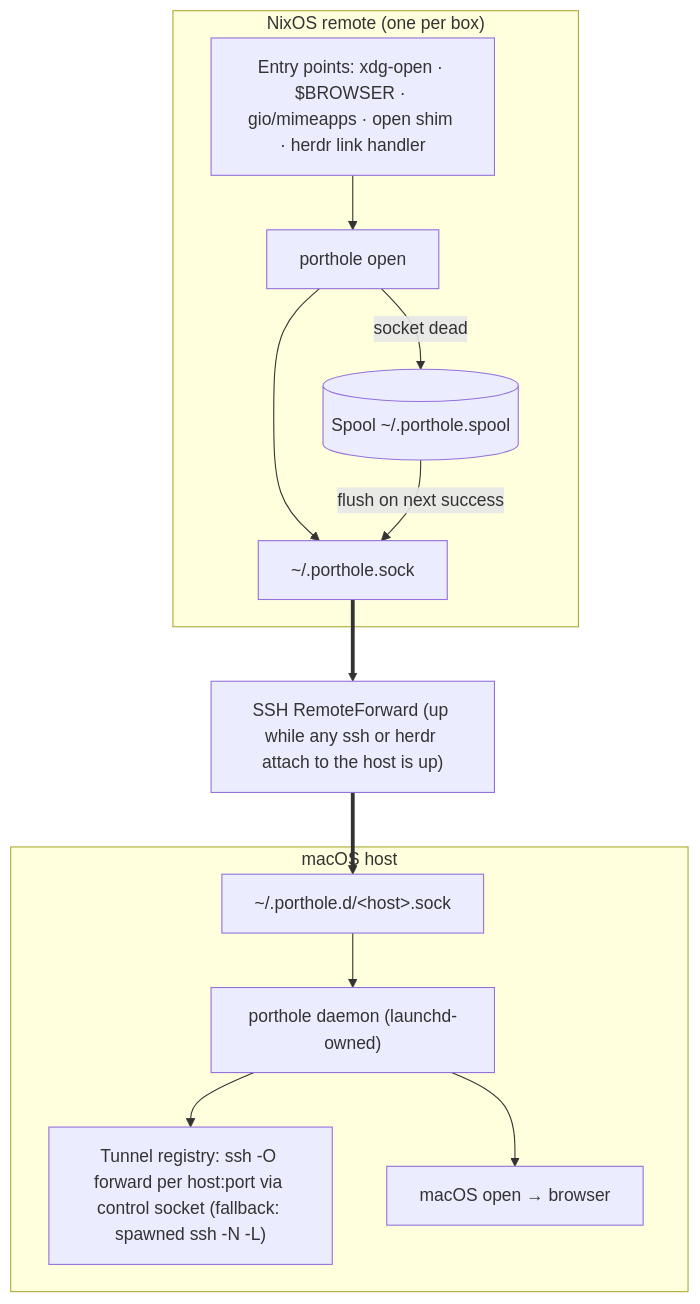
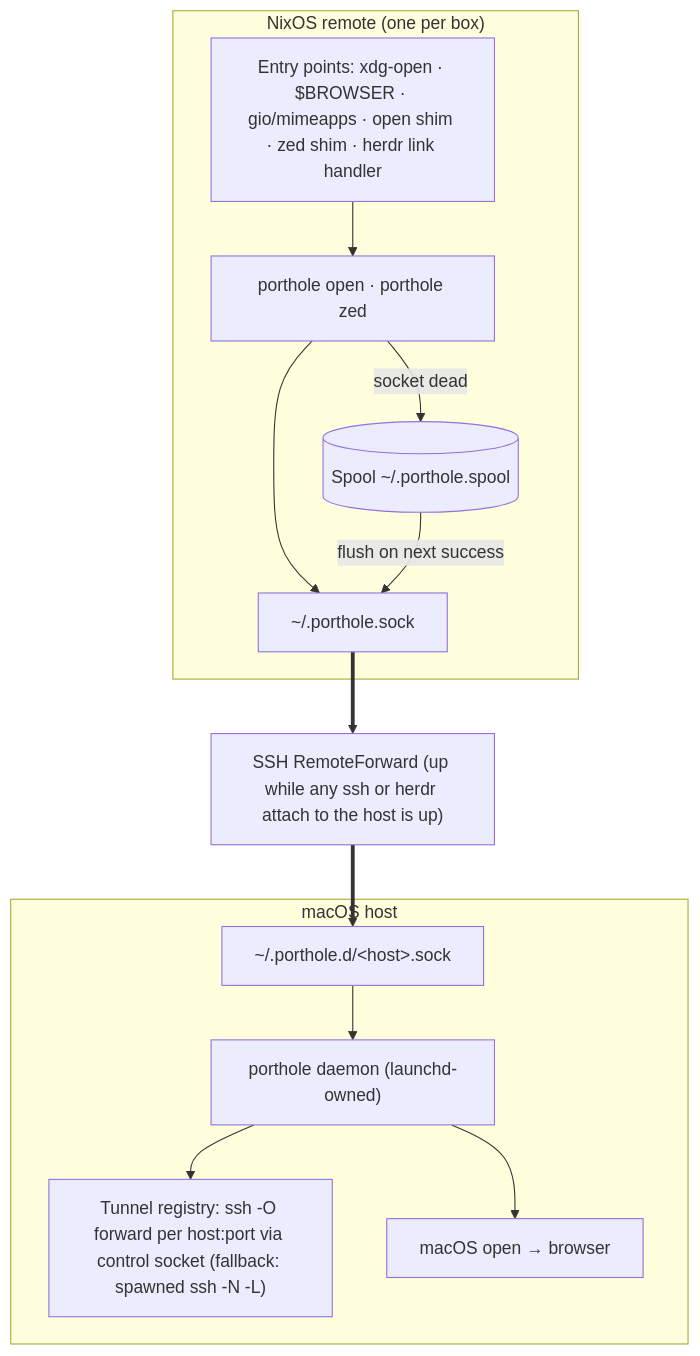
The second of 2 diagrams in ARCHITECTURE.md (mattrobenolt/porthole), drawn with Mermaid before and after one commit. The commit also changed other lines of this file and 7 other files, not shown here.

Commit message:
Add zed shim: open remote paths in the local Zed over SSH

````diff
--- a/ARCHITECTURE.md
+++ b/ARCHITECTURE.md
@@ -90,27 +92,27 @@
 ```mermaid
 flowchart TB
   subgraph R["NixOS remote (one per box)"]
-    E["Entry points: xdg-open · $BROWSER · gio/mimeapps · open shim · herdr link handler"]
-    C["porthole open"]
+    E["Entry points: xdg-open · $BROWSER · gio/mimeapps · open shim · zed shim · herdr link handler"]
+    C["porthole open · porthole zed"]
     RS["~/.porthole.sock"]
     SP[("Spool ~/.porthole.spool")]
     E --> C
     C --> RS
     C -- "socket dead" --> SP
     SP -- "flush on next success" --> RS
   end
 
   SSH["SSH RemoteForward (up while any ssh or herdr attach to the host is up)"]
 
   subgraph M["macOS host"]
     SK["~/.porthole.d/&lt;host&gt;.sock"]
     D["porthole daemon (launchd-owned)"]
     TR["Tunnel registry: ssh -O forward per host:port via control socket (fallback: spawned ssh -N -L)"]
     BR["macOS open → browser"]
     SK --> D
     D --> TR
     D --> BR
   end
 
   RS ==> SSH ==> SK
 ```
````
